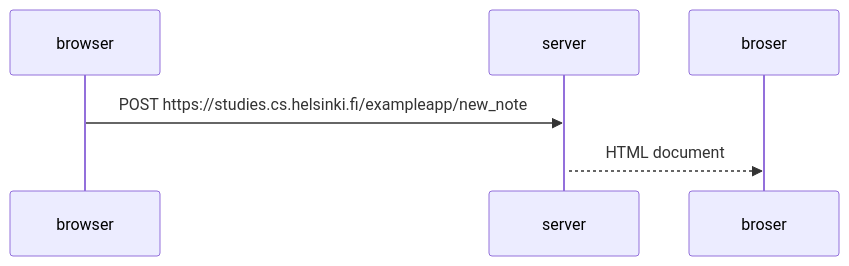
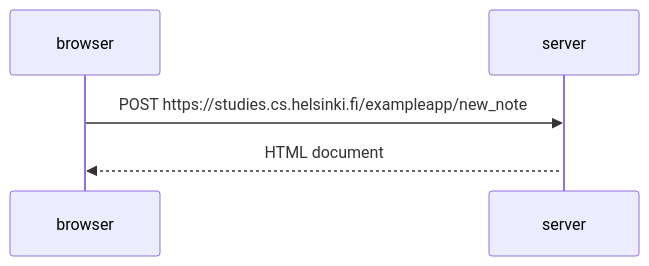
One commit to quarkgluons/fullstackopen changed the diagram in part0/0.4/note_diagram.md. Above: the diagram before and after it, drawn with Mermaid.

Commit message:
Test Mermaid Sequence Diagram

````diff
--- a/part0/0.4/note_diagram.md
+++ b/part0/0.4/note_diagram.md
@@ -1,9 +1,9 @@
 ```mermaid
 sequenceDiagram
     participant browser
     participant server
     
     browser->>server: POST https://studies.cs.helsinki.fi/exampleapp/new_note
     activate server
-    server-->>broser: HTML document
+    server-->>browser: HTML document
 ```
````
